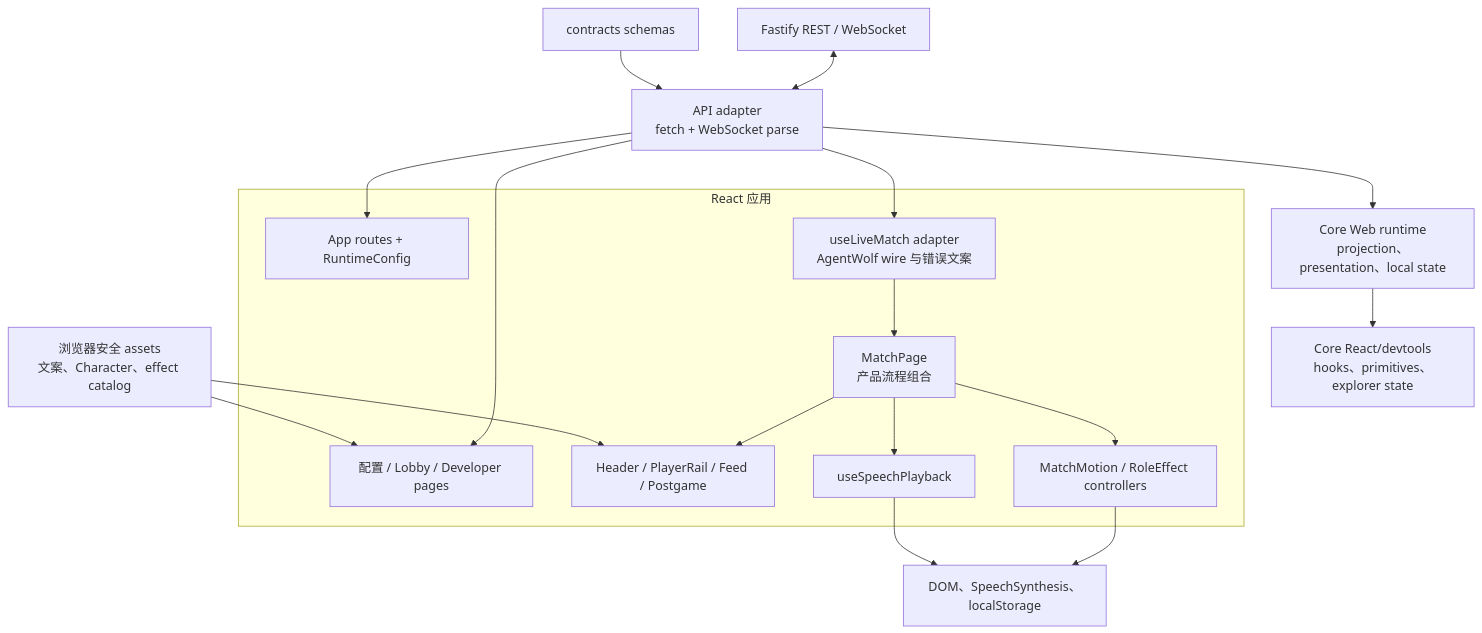
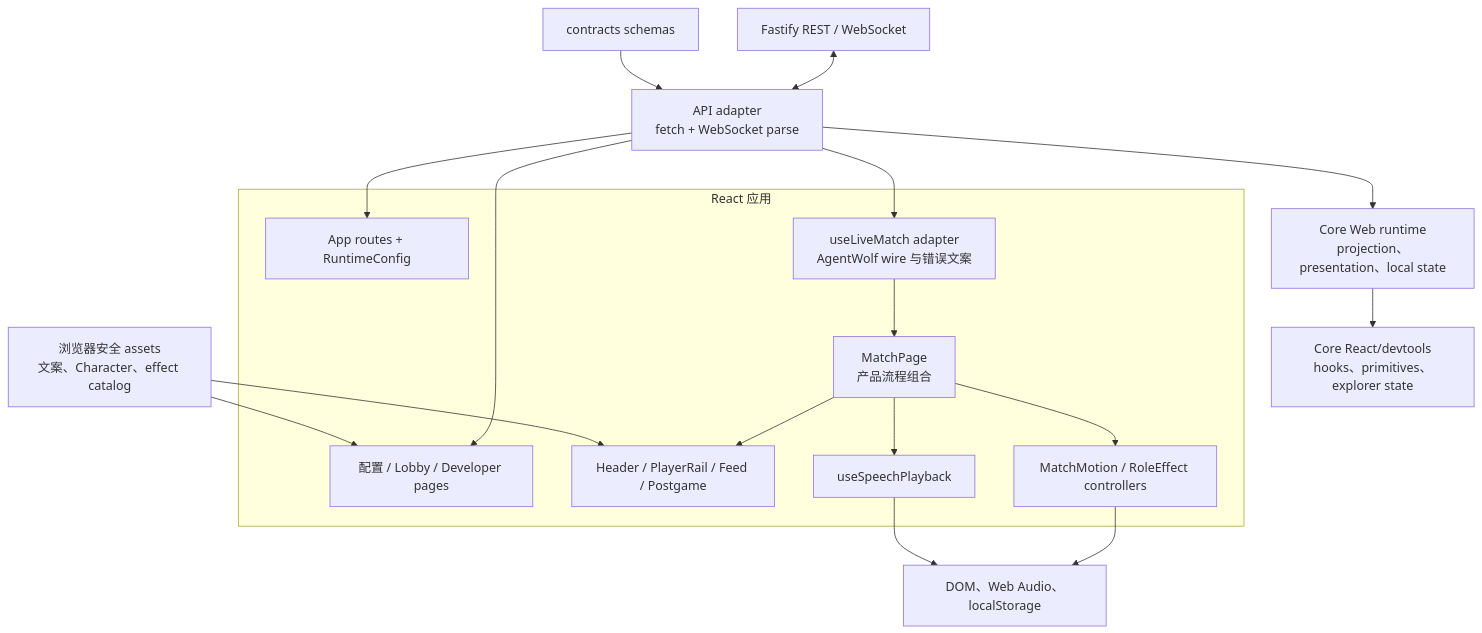
The first of 2 diagrams in docs/architecture/web-client.md (renewboy/agentwolf), drawn with Mermaid before and after one commit. The commit also changed other lines of this file and 43 other files, not shown here.

````diff
--- a/docs/architecture/web-client.md
+++ b/docs/architecture/web-client.md
@@ -30,33 +30,33 @@
 ```mermaid
 flowchart TB
     Contracts["contracts schemas"]
     Assets["浏览器安全 assets<br/>文案、Character、effect catalog"]
     API["API adapter<br/>fetch + WebSocket parse"]
     Core["Core Web runtime<br/>projection、presentation、local state"]
     CoreReact["Core React/devtools<br/>hooks、primitives、explorer state"]
 
     subgraph App["React 应用"]
         Routes["App routes + RuntimeConfig"]
         Pages["配置 / Lobby / Developer pages"]
         Live["useLiveMatch adapter<br/>AgentWolf wire 与错误文案"]
         Match["MatchPage<br/>产品流程组合"]
         Components["Header / PlayerRail / Feed / Postgame"]
         Speech["useSpeechPlayback"]
         Motion["MatchMotion / RoleEffect controllers"]
     end
 
     Server["Fastify REST / WebSocket"]
-    Browser["DOM、SpeechSynthesis、localStorage"]
+    Browser["DOM、Web Audio、localStorage"]
 
     Contracts --> API
     Assets --> Pages
     Assets --> Components
     Server <--> API
     API --> Core
     Core --> CoreReact
     API --> Routes
     API --> Pages
     API --> Live --> Match --> Components
     Match --> Speech --> Browser
     Match --> Motion --> Browser
 ```
````
